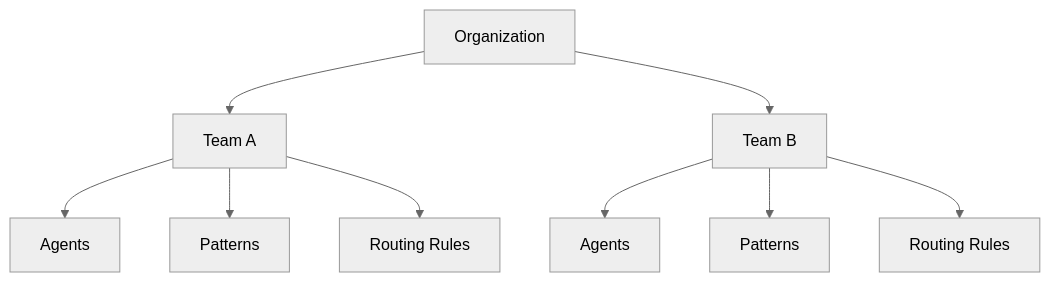
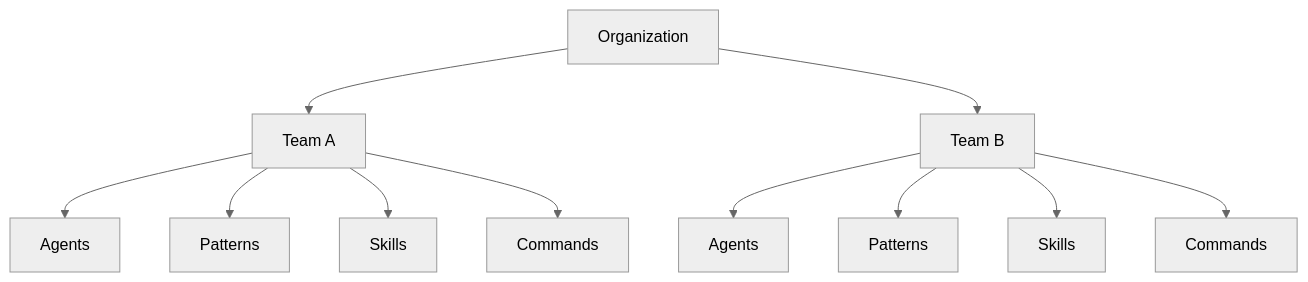
Before and after one commit to twistingmercury/mnemonic-mcp: the second of 10 diagrams in docs/architecture/06-security-architecture.md, drawn with Mermaid (neutral theme). The commit also changed other lines of this file and 63 other files, not shown here.

````diff
--- a/docs/architecture/06-security-architecture.md
+++ b/docs/architecture/06-security-architecture.md
@@ -149,12 +156,14 @@
 ```mermaid
 graph TB
     ORG[Organization]
     ORG --> TEAM1[Team A]
     ORG --> TEAM2[Team B]
     TEAM1 --> R1[Agents]
     TEAM1 --> R2[Patterns]
-    TEAM1 --> R3[Routing Rules]
-    TEAM2 --> R4[Agents]
-    TEAM2 --> R5[Patterns]
-    TEAM2 --> R6[Routing Rules]
+    TEAM1 --> R3[Skills]
+    TEAM1 --> R4[Commands]
+    TEAM2 --> R5[Agents]
+    TEAM2 --> R6[Patterns]
+    TEAM2 --> R7[Skills]
+    TEAM2 --> R8[Commands]
 ```
````
